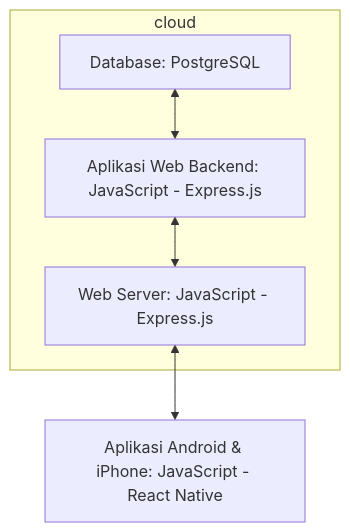
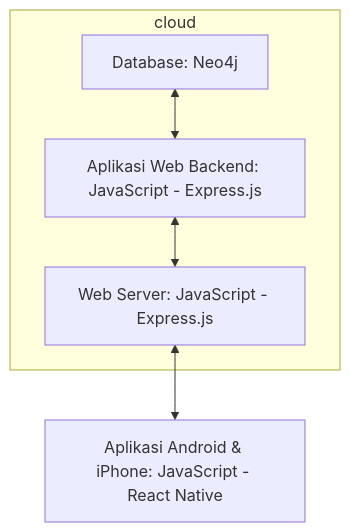
Before and after one commit to Nightroom/Memoryasmaulhusna.github.io: the second of 2 diagrams in review.md, drawn with Mermaid.

````diff
--- a/review.md
+++ b/review.md
@@ -62,8 +62,8 @@
 ```mermaid
 flowchart BT 
   subgraph cloud
     B[Web Server: JavaScript - Express.js] <--> C[Aplikasi Web Backend: JavaScript - Express.js] 
-    C <--> D[Database: PostgreSQL] 
+    C <--> D[Database: Neo4j] 
   end
   A[Aplikasi Android & iPhone: JavaScript - React Native] <--> B 
 ```
````
